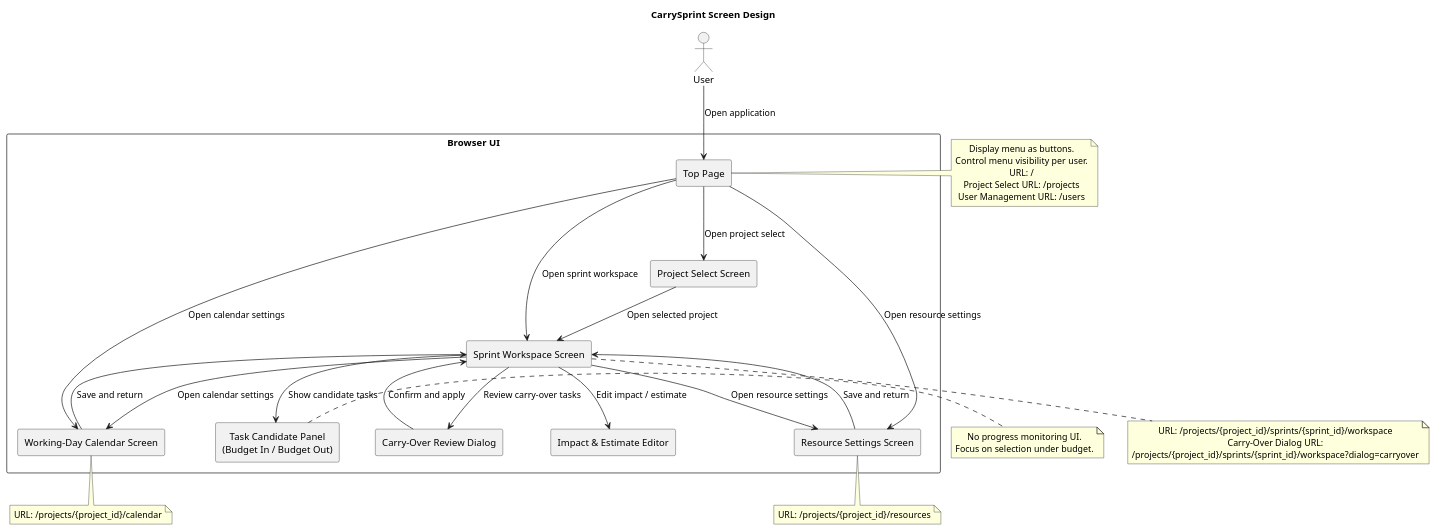
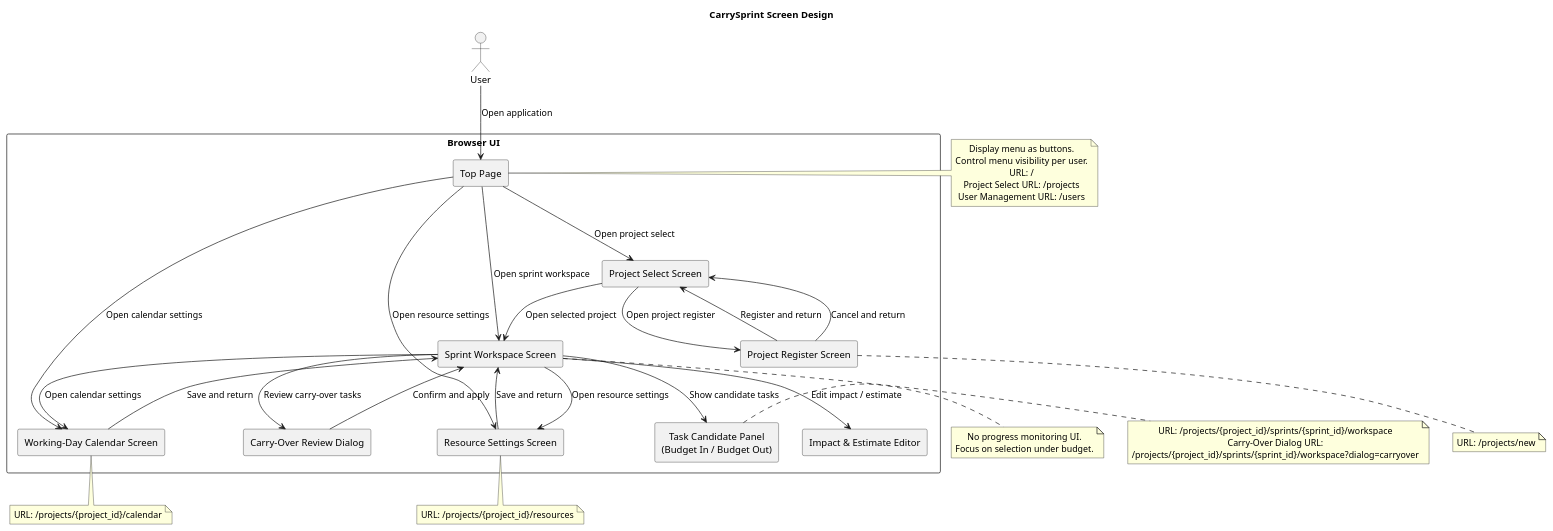
Before and after one commit to fangface-hub/carry_sprint_docs: the diagram in docs/ui/screen_design.puml, drawn with PlantUML. The commit also changed 7 other files, not shown here.

Commit message:
add project register

```diff
--- a/docs/ui/screen_design.puml
+++ b/docs/ui/screen_design.puml
@@ -1,66 +1,74 @@
 @startuml CarrySprintScreenDesign
 
 title CarrySprint Screen Design
 
 skinparam shadowing false
 skinparam defaultTextAlignment center
 
 actor "User" as user
 
 rectangle "Browser UI" {
   rectangle "Top Page" as screen_top
   rectangle "Project Select Screen" as screen_projects
+  rectangle "Project Register Screen" as screen_project_register
   rectangle "Sprint Workspace Screen" as screen_workspace
   rectangle "Task Candidate Panel\n(Budget In / Budget Out)" as panel_task
   rectangle "Impact & Estimate Editor" as panel_editor
   rectangle "Resource Settings Screen" as screen_resource
   rectangle "Working-Day Calendar Screen" as screen_calendar
   rectangle "Carry-Over Review Dialog" as dialog_carry
 }
 
 user --> screen_top : Open application
 screen_top --> screen_projects : Open project select
 screen_top --> screen_workspace : Open sprint workspace
 screen_top --> screen_resource : Open resource settings
 screen_top --> screen_calendar : Open calendar settings
 screen_projects --> screen_workspace : Open selected project
+screen_projects --> screen_project_register : Open project register
+screen_project_register --> screen_projects : Register and return
+screen_project_register --> screen_projects : Cancel and return
 
 screen_workspace --> panel_task : Show candidate tasks
 screen_workspace --> panel_editor : Edit impact / estimate
 screen_workspace --> dialog_carry : Review carry-over tasks
 
 screen_workspace --> screen_resource : Open resource settings
 screen_workspace --> screen_calendar : Open calendar settings
 
 screen_resource --> screen_workspace : Save and return
 screen_calendar --> screen_workspace : Save and return
 dialog_carry --> screen_workspace : Confirm and apply
 
 note right of screen_top
   Display menu as buttons.
   Control menu visibility per user.
   URL: /
   Project Select URL: /projects
   User Management URL: /users
 end note
 
 note right of panel_task
   No progress monitoring UI.
   Focus on selection under budget.
 end note
 
 note bottom of screen_workspace
   URL: /projects/{project_id}/sprints/{sprint_id}/workspace
   Carry-Over Dialog URL:
   /projects/{project_id}/sprints/{sprint_id}/workspace?dialog=carryover
 end note
 
+note bottom of screen_project_register
+  URL: /projects/new
+end note
+
 note bottom of screen_resource
   URL: /projects/{project_id}/resources
 end note
 
 note bottom of screen_calendar
   URL: /projects/{project_id}/calendar
 end note
 
 @enduml
```
